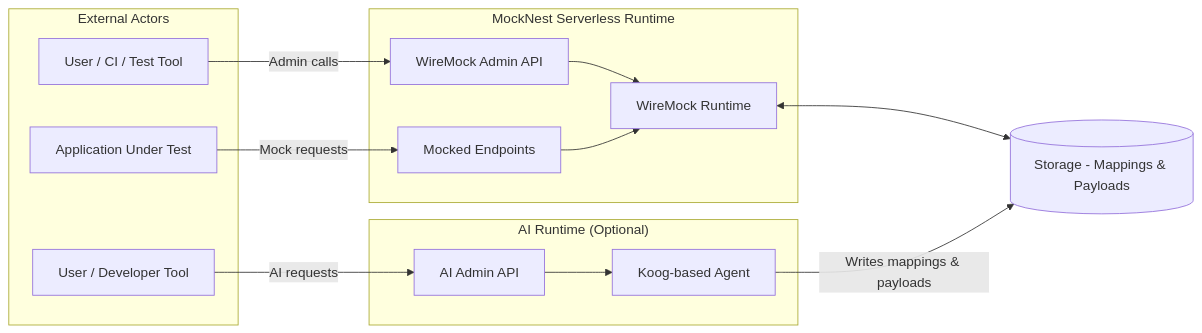
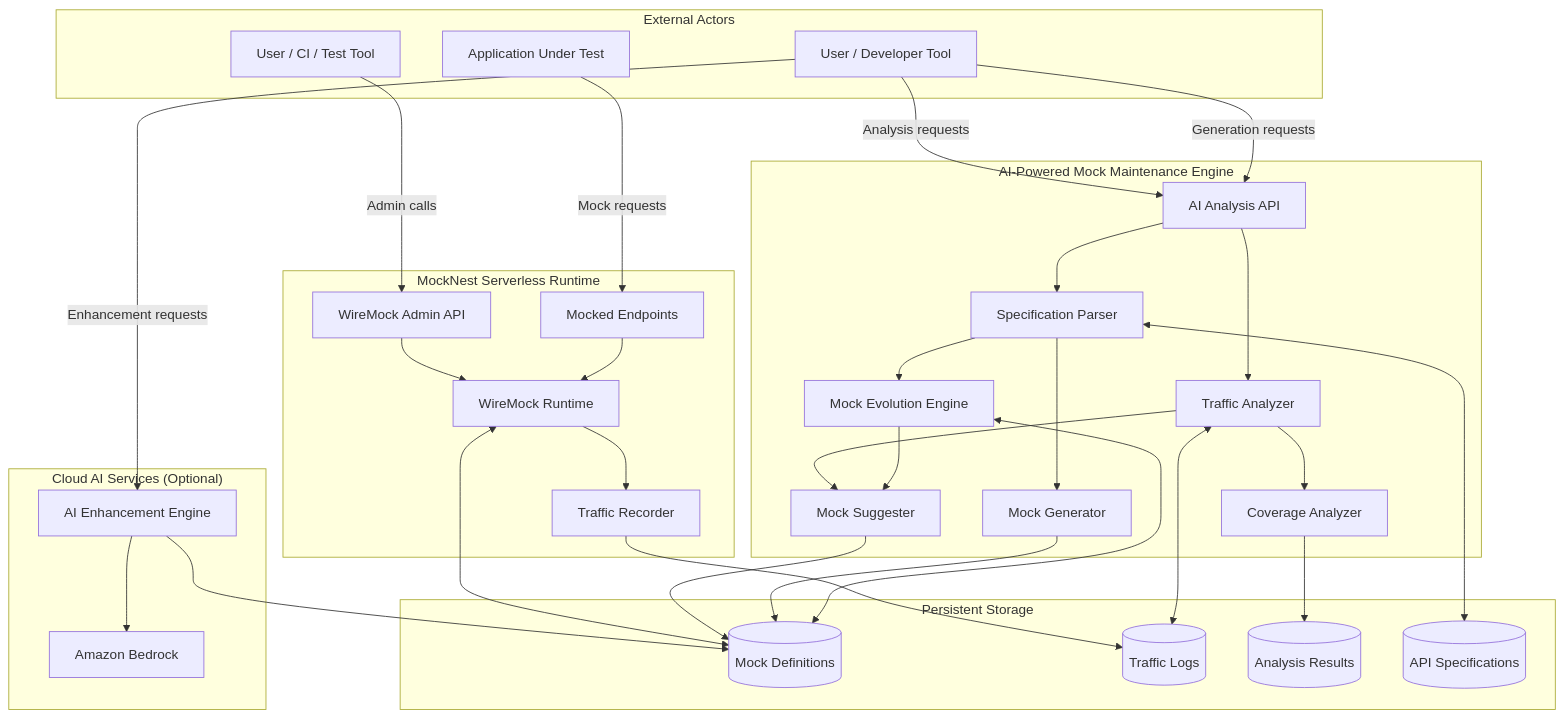
The first of 2 diagrams in .kiro/steering/02-architecture.md (elenavanengelenmaslova/mocknest-serverless), drawn with Mermaid before and after one commit. The commit also changed other lines of this file and 5 other files, not shown here.

````diff
--- a/.kiro/steering/02-architecture.md
+++ b/.kiro/steering/02-architecture.md
@@ -20,31 +38,66 @@
 ```mermaid
-flowchart LR
+flowchart TB
     subgraph Actors["External Actors"]
         USER[User / CI / Test Tool]
         AIUSER[User / Developer Tool]
         APP[Application Under Test]
     end
 
     subgraph Runtime["MockNest Serverless Runtime"]
         ADMIN[WireMock Admin API]
         MOCKS[Mocked Endpoints]
         WM[WireMock Runtime]
+        TRAFFIC[Traffic Recorder]
         
         ADMIN --> WM
         MOCKS --> WM
+        WM --> TRAFFIC
     end
 
-    subgraph AIRuntime["AI Runtime (Optional)"]
-        AIADMIN[AI Admin API]
-        AGENT[Koog-based Agent]
-        AIADMIN --> AGENT
+    subgraph MockMaintenance["AI-Powered Mock Maintenance Engine"]
+        AIAPI[AI Analysis API]
+        ANALYZER[Traffic Analyzer]
+        SUGGESTER[Mock Suggester]
+        COVERAGE[Coverage Analyzer]
+        SPECPARSER[Specification Parser]
+        EVOLUTION[Mock Evolution Engine]
+        GENERATOR[Mock Generator]
+        
+        AIAPI --> ANALYZER
+        AIAPI --> SPECPARSER
+        ANALYZER --> SUGGESTER
+        ANALYZER --> COVERAGE
+        SPECPARSER --> GENERATOR
+        SPECPARSER --> EVOLUTION
+        EVOLUTION --> SUGGESTER
     end
 
-    STORE[(Storage - Mappings & Payloads)]
+    subgraph CloudAI["Cloud AI Services (Optional)"]
+        BEDROCK[Amazon Bedrock]
+        AIGENERATOR[AI Enhancement Engine]
+        AIGENERATOR --> BEDROCK
+    end
+
+    subgraph Storage["Persistent Storage"]
+        MOCKSTORE[(Mock Definitions)]
+        TRAFFICSTORE[(Traffic Logs)]
+        ANALYSISSTORE[(Analysis Results)]
+        SPECSTORE[(API Specifications)]
+    end
 
     USER -->|Admin calls| ADMIN
     APP -->|Mock requests| MOCKS
-    AIUSER -->|AI requests| AIADMIN
-    WM <--> STORE
-    AGENT -->|Writes mappings & payloads| STORE
+    AIUSER -->|Analysis requests| AIAPI
+    AIUSER -->|Generation requests| AIAPI
+    AIUSER -->|Enhancement requests| AIGENERATOR
+
+    WM <--> MOCKSTORE
+    TRAFFIC --> TRAFFICSTORE
+    ANALYZER <--> TRAFFICSTORE
+    SUGGESTER --> MOCKSTORE
+    COVERAGE --> ANALYSISSTORE
+    GENERATOR --> MOCKSTORE
+    EVOLUTION <--> MOCKSTORE
+    SPECPARSER <--> SPECSTORE
+    AIGENERATOR --> MOCKSTORE
 ```
````
